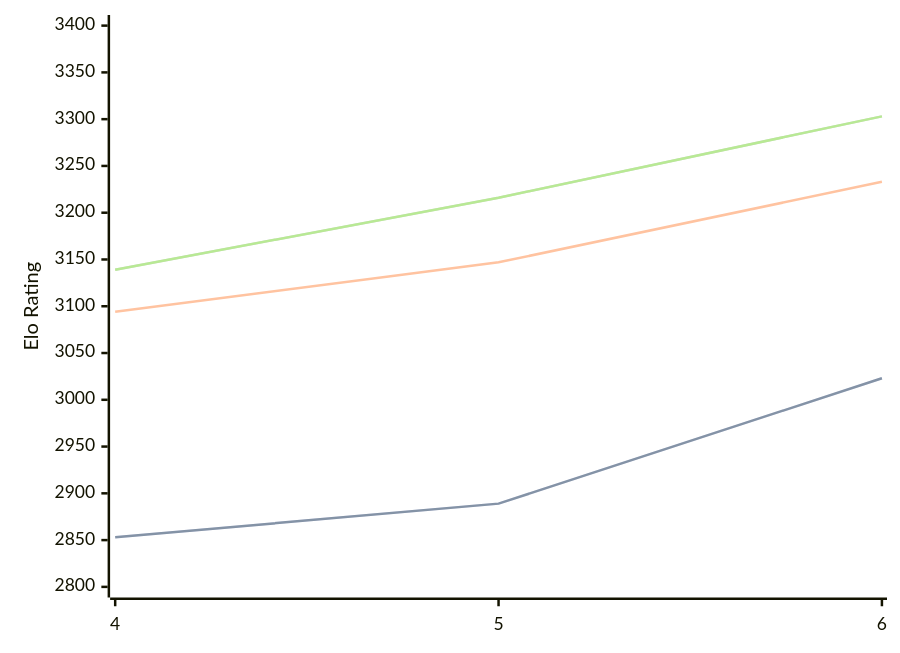
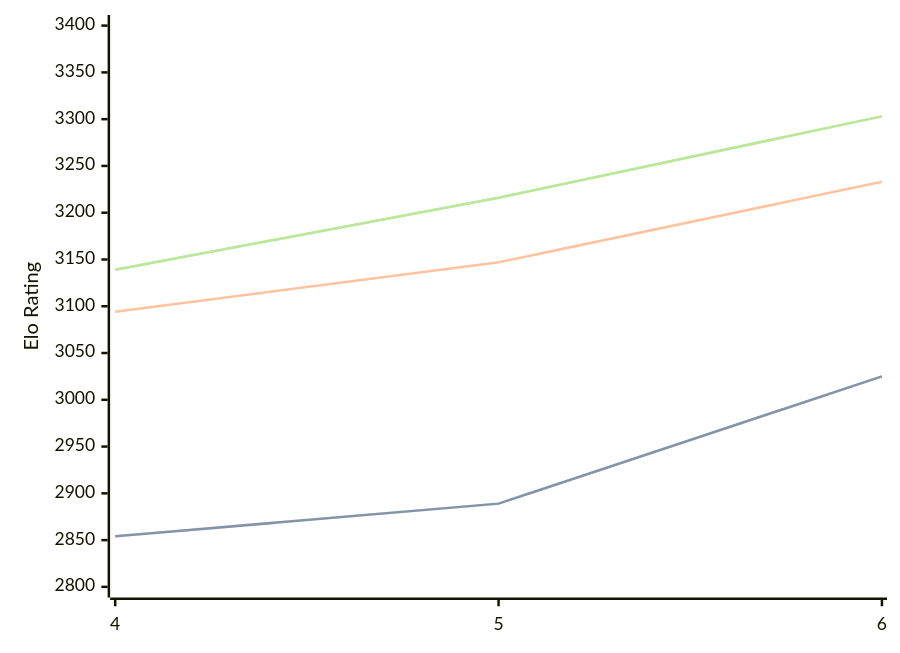
One commit to computer-chess-index/cci changed the diagram in engines/Cwtch.md. Above: the diagram before and after it, drawn with Mermaid. The commit also changed other lines of this file, not shown here.

````diff
--- a/engines/Cwtch.md
+++ b/engines/Cwtch.md
@@ -34,11 +34,11 @@
 ```mermaid
 %%{init: {"theme":"base","themeVariables":{"seriesColors:['#a3a3a3','#222221','#faa371']}}}%%
 xychart-beta
   x-axis ["4", "5", "6"]
   y-axis "Elo Rating" 2800 --> 3400
-  line "" [2853, 2889, 3023]
-  line "STC (8.0+0.08s)" [2853, 2889, 3023]
+  line "" [2854, 2889, 3025]
+  line "STC (8.0+0.08s)" [2854, 2889, 3025]
   line "LTC (60.0+0.60s)" [3094, 3147, 3233]
   line "" [3139, 3216, 3303]
   line "VLTC (2m24s+1.12s)" [3139, 3216, 3303]
 ```
````
